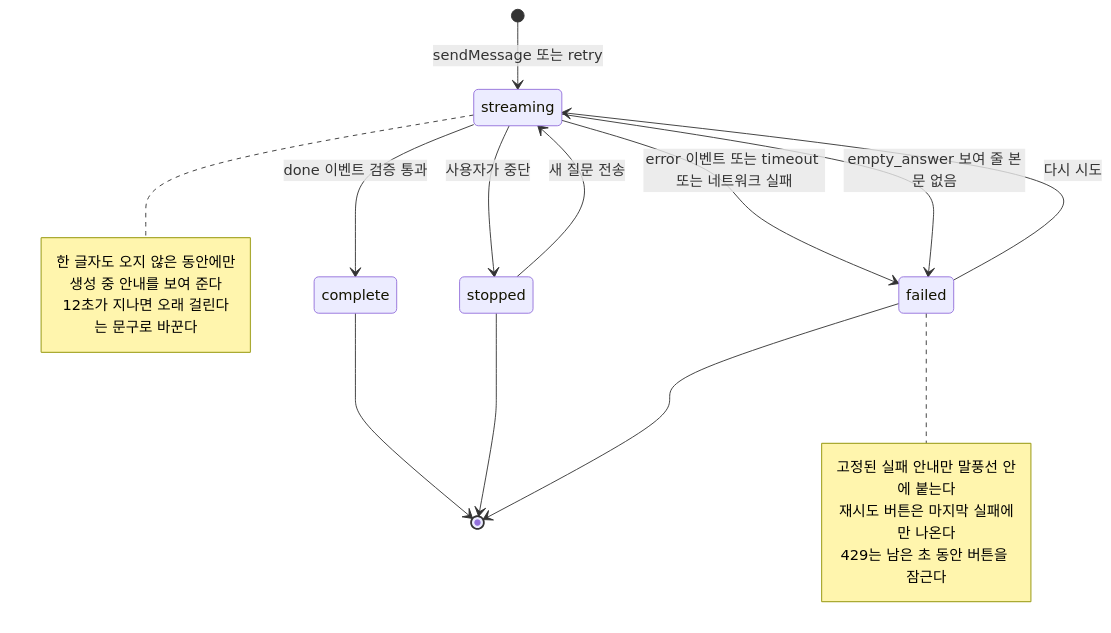
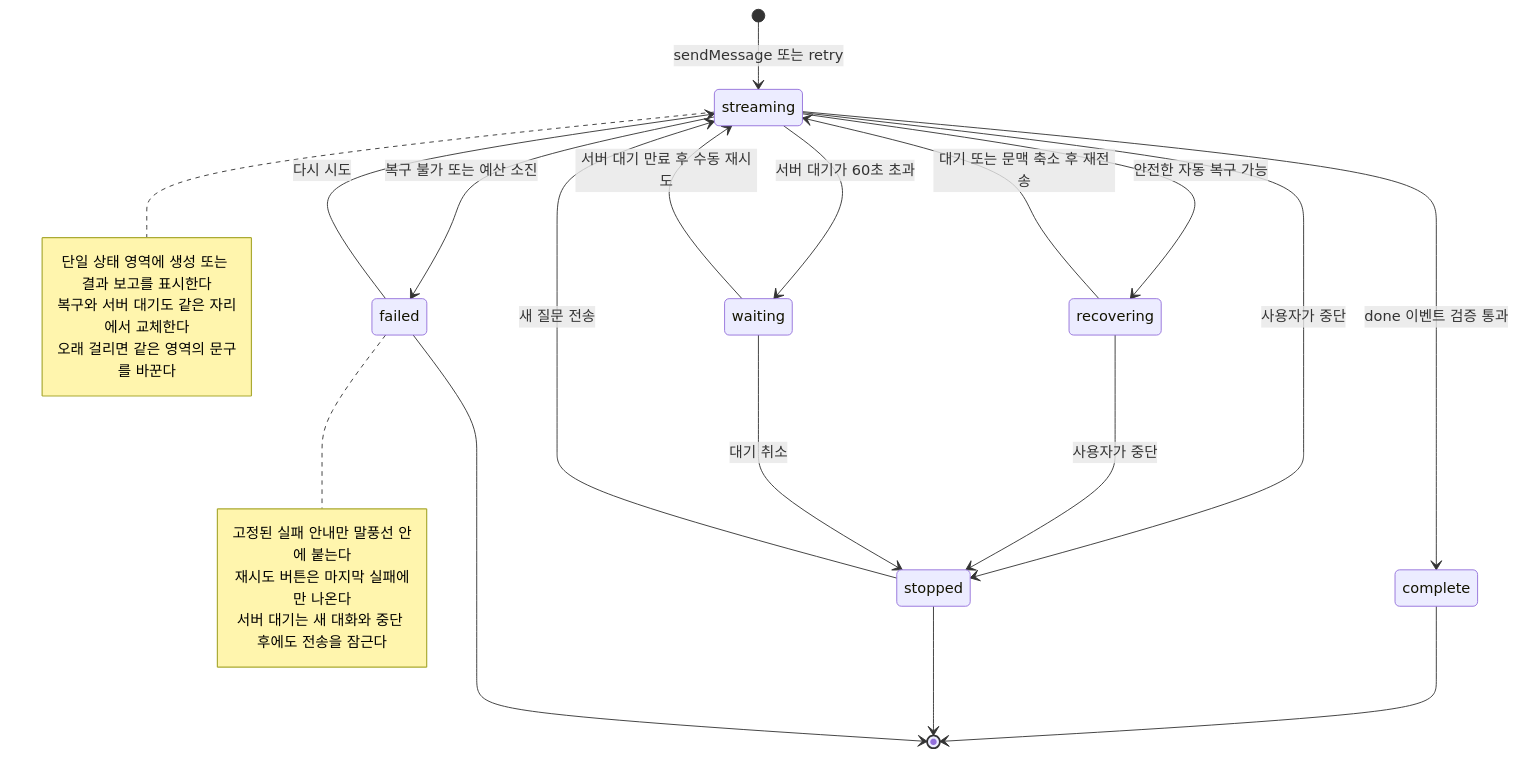
One commit to s-work-song/ssw-portfolio-public changed the fourth of 5 diagrams in web/docs/chatbot-architecture.md. Above: the diagram before and after it, drawn with Mermaid. The commit also changed other lines of this file and 17 other files, not shown here.

````diff
--- a/web/docs/chatbot-architecture.md
+++ b/web/docs/chatbot-architecture.md
@@ -404,28 +413,33 @@
 ```mermaid
 stateDiagram-v2
   [*] --> streaming: sendMessage 또는 retry
 
   streaming --> complete: done 이벤트 검증 통과
   streaming --> stopped: 사용자가 중단
-  streaming --> failed: error 이벤트 또는 timeout 또는 네트워크 실패
-  streaming --> failed: empty_answer 보여 줄 본문 없음
+  streaming --> recovering: 안전한 자동 복구 가능
+  recovering --> streaming: 대기 또는 문맥 축소 후 재전송
+  recovering --> stopped: 사용자가 중단
+  streaming --> waiting: 서버 대기가 60초 초과
+  waiting --> streaming: 서버 대기 만료 후 수동 재시도
+  waiting --> stopped: 대기 취소
+  streaming --> failed: 복구 불가 또는 예산 소진
 
   failed --> streaming: 다시 시도
   stopped --> streaming: 새 질문 전송
 
   complete --> [*]
   stopped --> [*]
   failed --> [*]
 
   note right of streaming
-    한 글자도 오지 않은 동안에만
-    생성 중 안내를 보여 준다
-    12초가 지나면 오래 걸린다는 문구로 바꾼다
+    단일 상태 영역에 생성 또는 결과 보고를 표시한다
+    복구와 서버 대기도 같은 자리에서 교체한다
+    오래 걸리면 같은 영역의 문구를 바꾼다
   end note
 
   note right of failed
     고정된 실패 안내만 말풍선 안에 붙는다
     재시도 버튼은 마지막 실패에만 나온다
-    429는 남은 초 동안 버튼을 잠근다
+    서버 대기는 새 대화와 중단 후에도 전송을 잠근다
   end note
 ```
````
